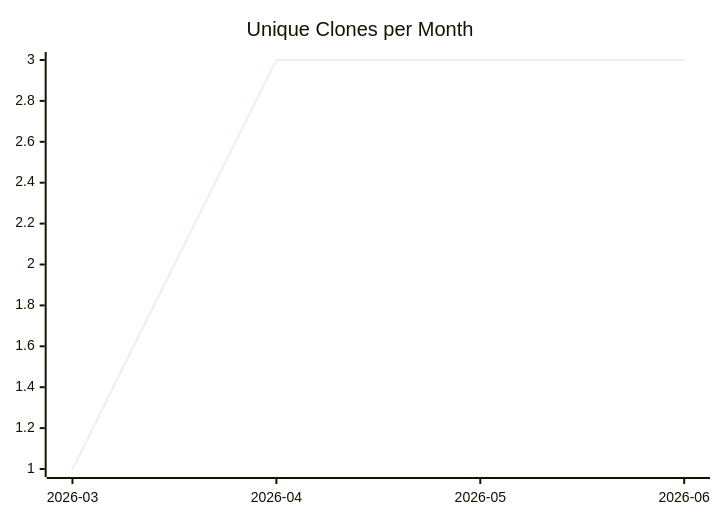
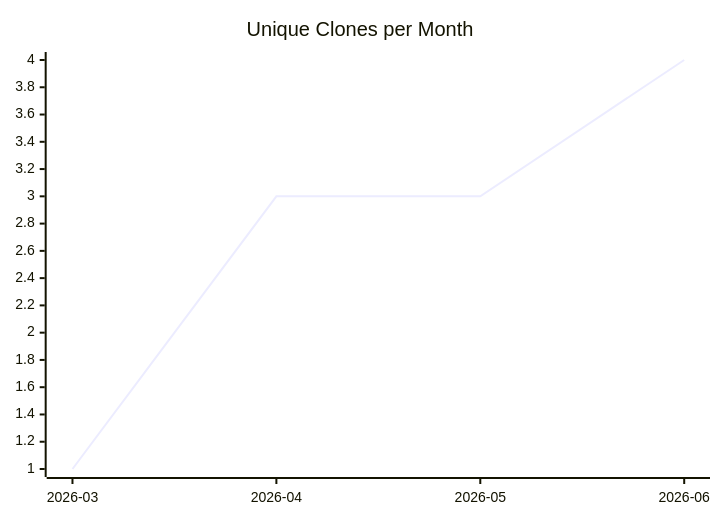
The third of 3 diagrams in karlmdavis/ansible-jenkins/README.md (justdavis-family/github-analytics-data), drawn with Mermaid before and after one commit. The commit also changed other lines of this file and 196 other files, not shown here.

````diff
--- a/karlmdavis/ansible-jenkins/README.md
+++ b/karlmdavis/ansible-jenkins/README.md
@@ -19,6 +19,6 @@
 ```mermaid
 xychart-beta
   title "Unique Clones per Month"
   x-axis ["2026-03", "2026-04", "2026-05", "2026-06"]
-  line [1, 3, 3, 3]
+  line [1, 3, 3, 4]
 ```
````
